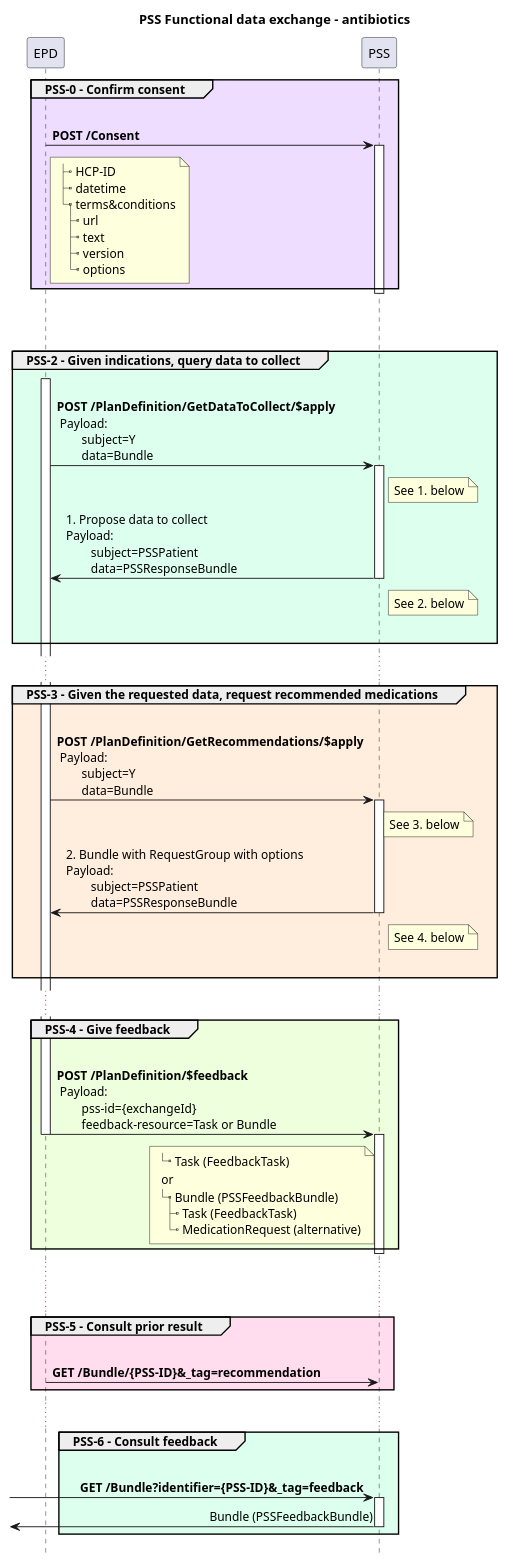
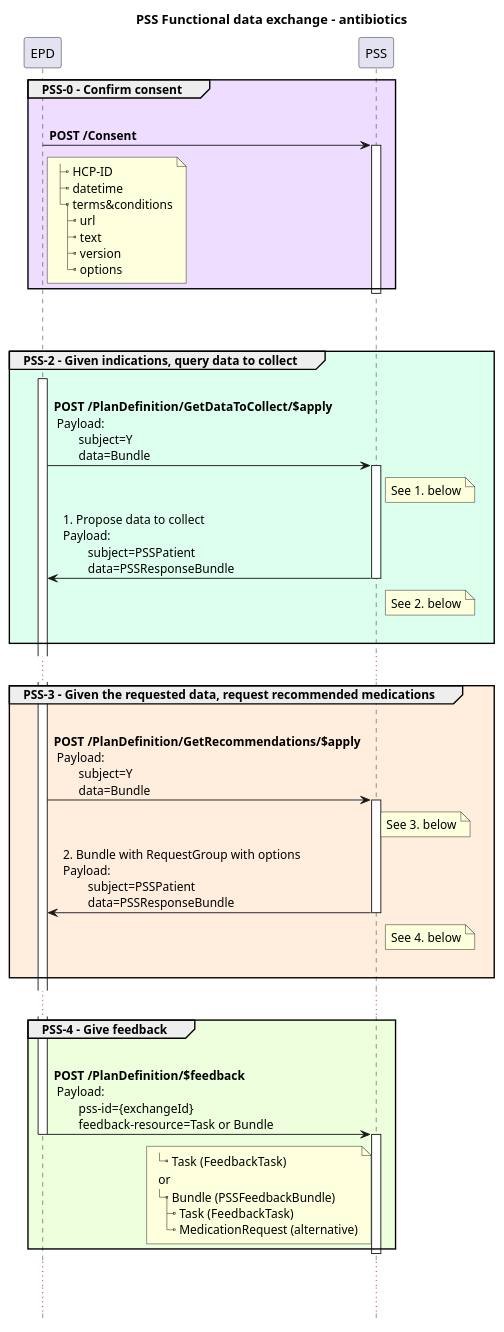
Before and after one commit to hl7-be/pss: the diagram in input/images-source/pss-flow-antimicrobiology.plantuml, drawn with PlantUML. The commit also changed 2 other files, not shown here.

```diff
--- a/input/images-source/pss-flow-antimicrobiology.plantuml
+++ b/input/images-source/pss-flow-antimicrobiology.plantuml
@@ -1,94 +1,95 @@
 @startuml
 !pragma teoz true
 Title PSS Functional data exchange - antibiotics
 hide footbox
 
 
 
 group #edf PSS-0 - Confirm consent
         EPD -> PSS : \n**POST /Consent**
         activate PSS
         note right of EPD
 |_ HCP-ID
 |_ datetime
 |_ terms&conditions
   |_ url
   |_ text
   |_ version
   |_ options
         end note
         deactivate EPD
         deactivate PSS
 end
 |||
 |||
 
 group #dfe PSS-2 - Given indications, query data to collect
         Activate EPD
         EPD -> PSS : \n**POST /PlanDefinition/GetDataToCollect/$apply**\n Payload:\n        subject=Y\n        data=Bundle
         Activate PSS
         note right of PSS
 See 1. below
         end note
 
         PSS -> EPD: 1. Propose data to collect\nPayload:\n        subject=PSSPatient\n        data=PSSResponseBundle
         note right of PSS
 See 2. below
         end note
         deactivate PSS
         |||
 '        Deactivate EPD
 end
 ...
 group #fed PSS-3 - Given the requested data, request recommended medications
         EPD -> PSS : \n**POST /PlanDefinition/GetRecommendations/$apply**\n Payload:\n        subject=Y\n        data=Bundle
 '        activate EPD
         note right of PSS
 See 3. below
         end note
         activate PSS
         PSS -> EPD: 2. Bundle with RequestGroup with options\nPayload:\n        subject=PSSPatient\n        data=PSSResponseBundle
         note right of PSS
 See 4. below
         end note
         deactivate PSS
         |||
 '        Deactivate EPD
 
 end
 ...
 group #efd PSS-4 - Give feedback
         EPD -> PSS : \n**POST /PlanDefinition/$feedback**\n Payload:\n        pss-id={exchangeId}\n        feedback-resource=Task or Bundle
 '        activate EPD
         note left of PSS
 |_ Task (FeedbackTask)
   or
 |_ Bundle (PSSFeedbackBundle)
   |_ Task (FeedbackTask)
   |_ MedicationRequest (alternative)
         end note
         deactivate EPD
         activate PSS
         deactivate PSS
 end
 ...
-...
-group #fde PSS-5 - Consult prior result
-EPD -> PSS : \n**GET /Bundle/{PSS-ID}&_tag=recommendation**
-'        activate EPD
-end
+
+' ...
+' group #fde PSS-5 - Consult prior result
+' EPD -> PSS : \n**GET /Bundle/{PSS-ID}&_tag=recommendation**
+' '        activate EPD
+' end
 
 ...
 
-group #dfe PSS-6 - Consult feedback
-'        ADM -> PSS : \n**GET /Bundle?identifier={PSS-ID}**\n**&_profile=.../PSSFeedbackBundle**
-         -> PSS : \n**GET /Bundle?identifier={PSS-ID}&_tag=feedback**
-        activate PSS
-        <- PSS   : Bundle (PSSFeedbackBundle)
-        deactivate PSS
-'        activate EPD
-end
+' group #dfe PSS-6 - Consult feedback
+' '        ADM -> PSS : \n**GET /Bundle?identifier={PSS-ID}**\n**&_profile=.../PSSFeedbackBundle**
+'          -> PSS : \n**GET /Bundle?identifier={PSS-ID}&_tag=feedback**
+'         activate PSS
+'         <- PSS   : Bundle (PSSFeedbackBundle)
+'         deactivate PSS
+' '        activate EPD
+' end
 
 
 
 @enduml
```
